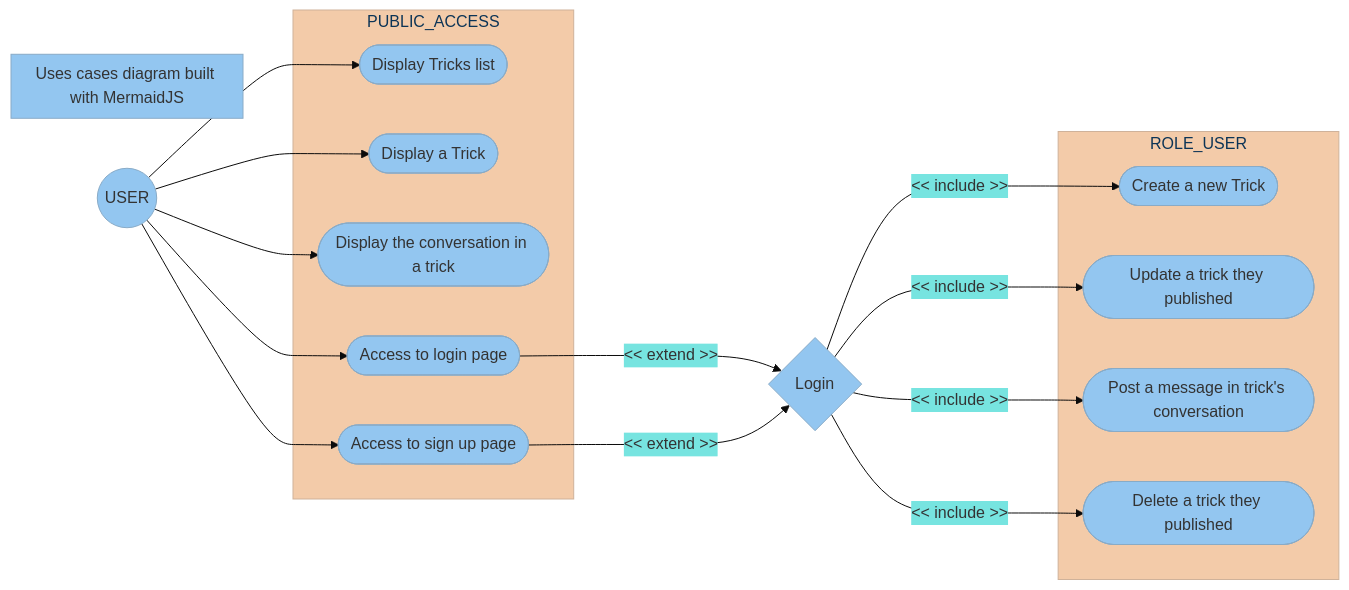
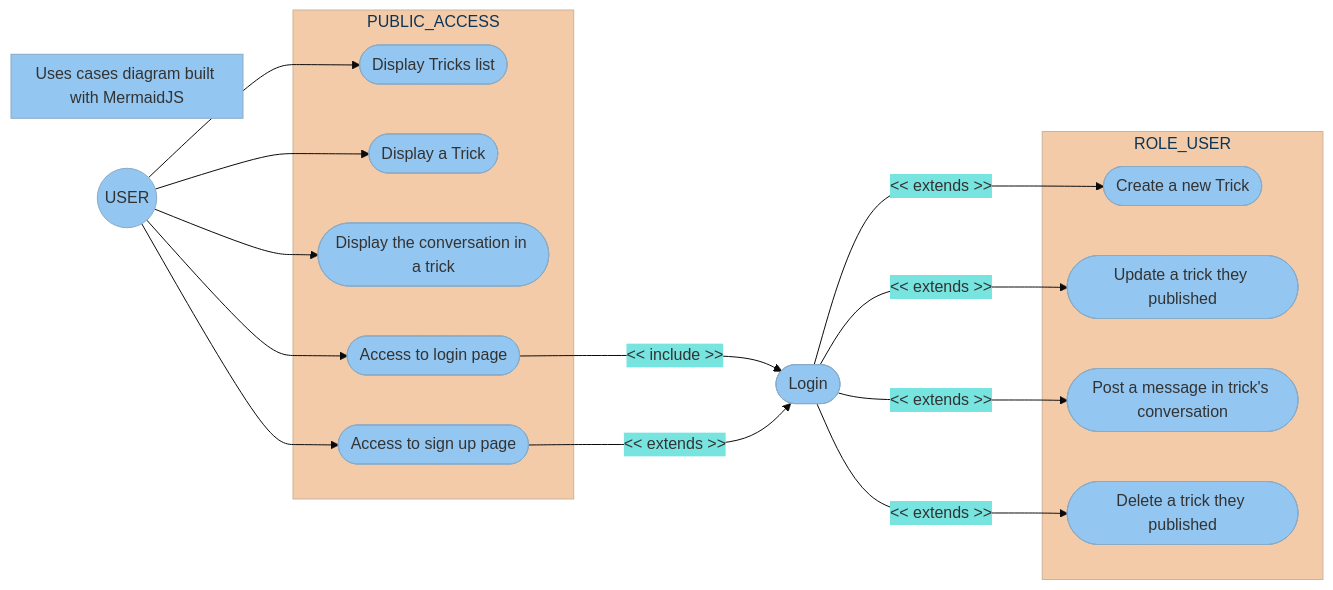
One commit to Palingenae/OC-P6-SnowTricks changed the diagram in doc/diagrams/UsesCases.md. Above: the diagram before and after it, drawn with Mermaid. The commit also changed 2 other files, not shown here.

Commit message:
fix: typos and words

````diff
--- a/doc/diagrams/UsesCases.md
+++ b/doc/diagrams/UsesCases.md
@@ -1,30 +1,31 @@
 ```mermaid
     %%{init: {'theme': 'base', 'themeVariables': { 'primaryColor': '#93C6F0', 'secondaryColor': '#77E4E0', 'fontFamily': 'consolas'}}}%%
     flowchart LR
             USER((USER)) --> TA([Display Tricks list])
             USER((USER)) --> TB([Display a Trick])
             USER((USER)) --> TC([Display the conversation in a trick])
             USER((USER)) --> UA([Access to login page])
-            UA --->|<< extend >>| UM{Login}
+            UA --->|<< include >>| UM([Login])
             USER((USER)) --> UB([Access to sign up page])
-            UB --->|<< extend >>| UM
-            UM --->|<< include >>| TM
-            UM --->|<< include >>| TN
-            UM --->|<< include >>| TO
-            UM --->|<< include >>| TP
+            UB --->|<< extends >>| UM
+            UM --->|<< extends >>| TM
+            UM --->|<< extends >>| TN
+            UM --->|<< extends >>| TO
+            UM --->|<< extends >>| TP
+
         subgraph PUBLIC_ACCESS
             TA([Display Tricks list])
             TB([Display a Trick])
             TC([Display the conversation in a trick])
             UA([Access to login page])
             UB([Access to sign up page])
         end
         subgraph ROLE_USER
             TM([Create a new Trick])
             TN([Update a trick they published])
             TO([Post a message in trick's conversation])
             TP([Delete a trick they published])
         end
         subgraph Uses cases diagram built with MermaidJS
         end
 ```
````
